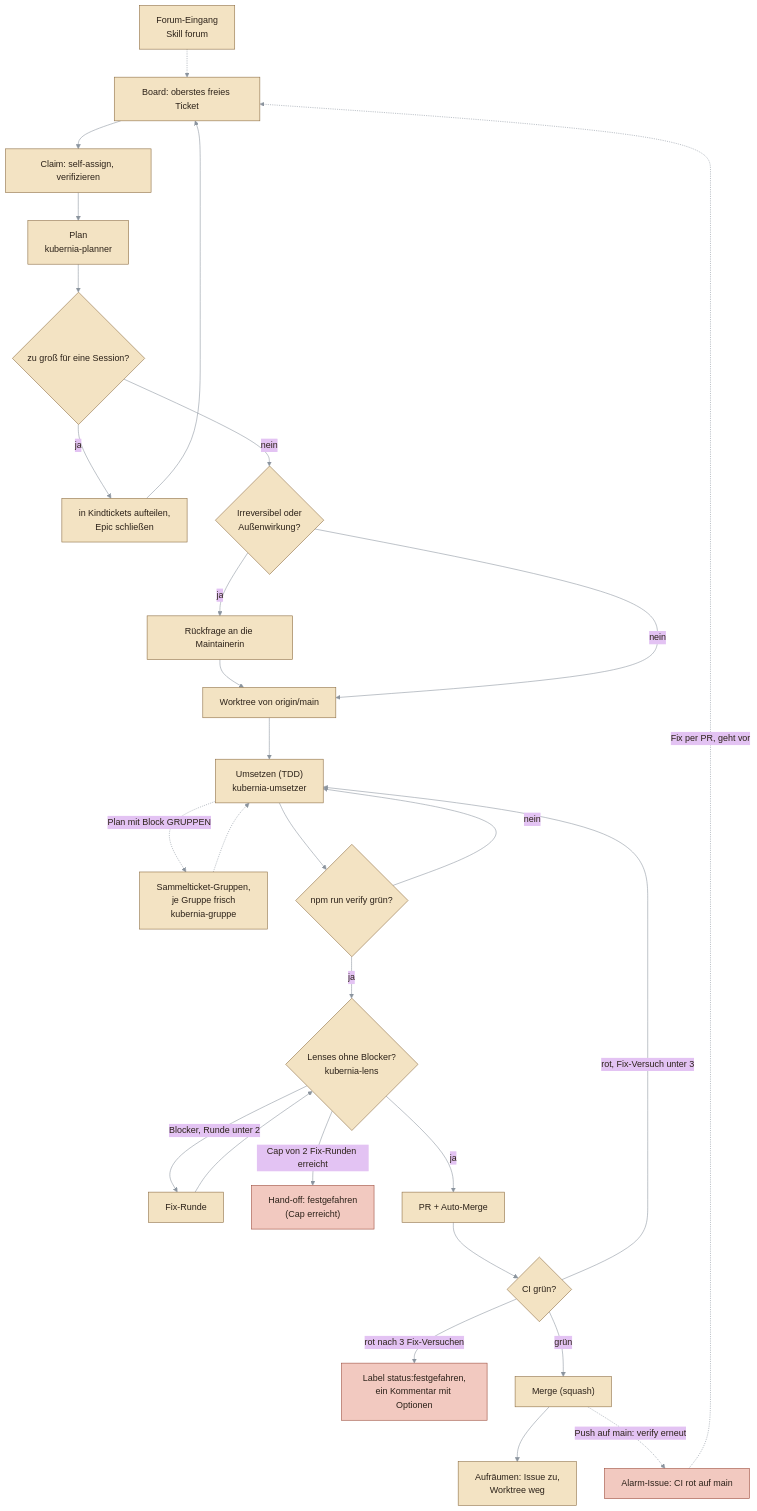
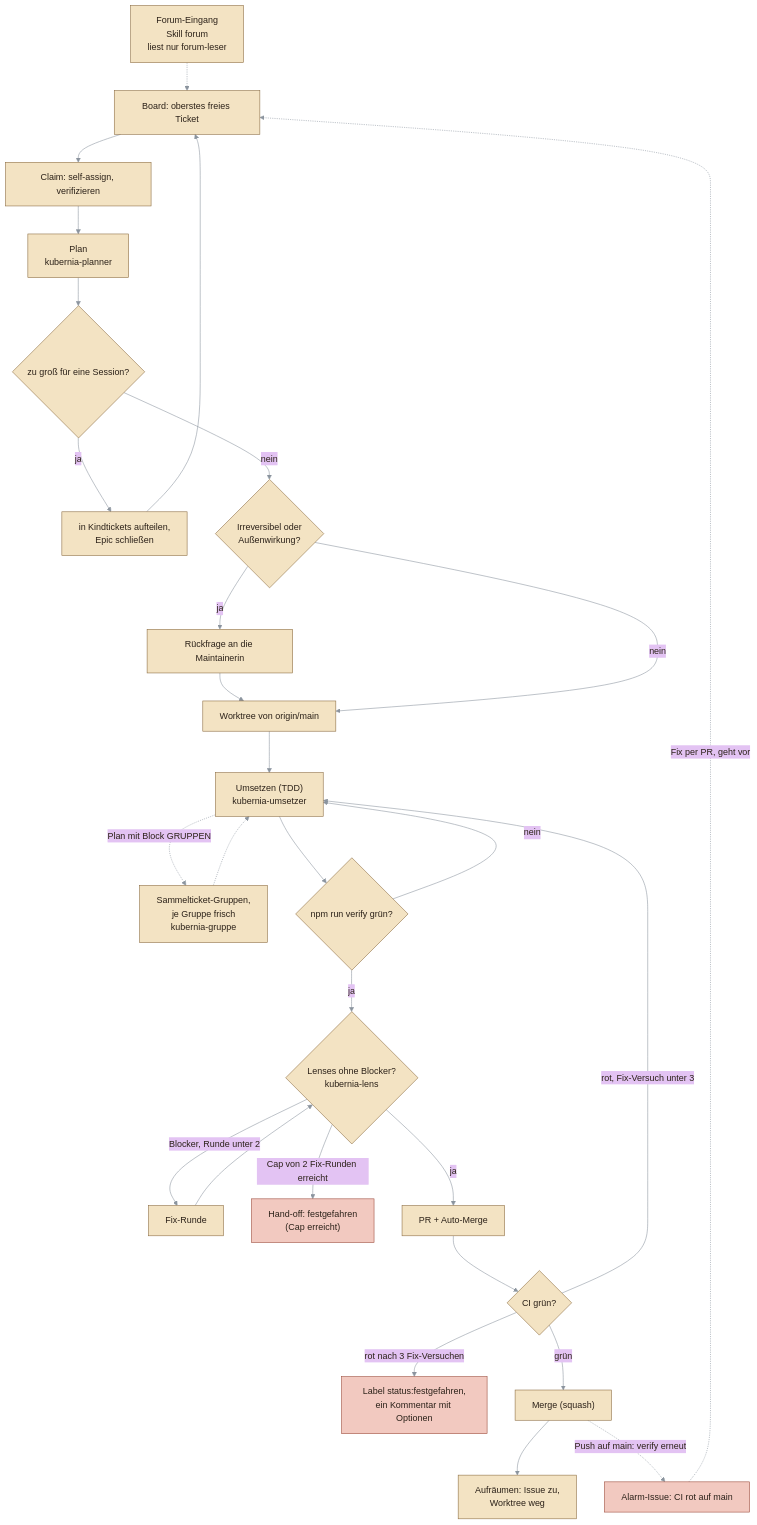
The first of 3 diagrams in README.md (fluffels/kubernia), drawn with Mermaid before and after one commit. The commit also changed other lines of this file and 18 other files, not shown here.

First line of the commit message:
feat(harness): Forum-Triage in Quarantäne, forum-leser nur mit Read (#1435) (#1679)

````diff
--- a/README.md
+++ b/README.md
@@ -42,61 +42,61 @@
 ```mermaid
 ---
 config:
   theme: base
   look: classic
   layout: dagre
   themeVariables:
     lineColor: "#8b949e"
     primaryColor: "#f3e3c3"
     primaryTextColor: "#2b2118"
     primaryBorderColor: "#8a6a3f"
 ---
 flowchart TD
   board["Board: oberstes freies Ticket"]
   claim["Claim: self-assign, verifizieren"]
   wt["Worktree von origin/main"]
   plan["Plan<br/>kubernia-planner"]
   epic{"zu groß für eine Session?"}
   kinder["in Kindtickets aufteilen,<br/>Epic schließen"]
   pre{"Irreversibel oder<br/>Außenwirkung?"}
   frage["Rückfrage an die Maintainerin"]
   umsetzen["Umsetzen (TDD)<br/>kubernia-umsetzer"]
   gruppen["Sammelticket-Gruppen,<br/>je Gruppe frisch<br/>kubernia-gruppe"]
   verify{"npm run verify grün?"}
   lenses{"Lenses ohne Blocker?<br/>kubernia-lens"}
   fix["Fix-Runde"]
   handoff["Hand-off: festgefahren<br/>(Cap erreicht)"]
   pr["PR + Auto-Merge"]
   ci{"CI grün?"}
   fest["Label status:festgefahren,<br/>ein Kommentar mit Optionen"]
   merge["Merge (squash)"]
   cleanup["Aufräumen: Issue zu,<br/>Worktree weg"]
   alarm["Alarm-Issue: CI rot auf main"]
-  forum["Forum-Eingang<br/>Skill forum"]
+  forum["Forum-Eingang<br/>Skill forum<br/>liest nur forum-leser"]
 
   board --> claim --> plan --> epic
   epic -- ja --> kinder --> board
   epic -- nein --> pre
   pre -- ja --> frage --> wt
   pre -- nein --> wt
   wt --> umsetzen
   umsetzen --> verify
   umsetzen -.->|"Plan mit Block GRUPPEN"| gruppen -.-> umsetzen
   verify -- nein --> umsetzen
   verify -- ja --> lenses
   lenses -- "Blocker, Runde unter 2" --> fix --> lenses
   lenses -- "Cap von 2 Fix-Runden erreicht" --> handoff
   lenses -- ja --> pr
   pr --> ci
   ci -- "rot, Fix-Versuch unter 3" --> umsetzen
   ci -- "rot nach 3 Fix-Versuchen" --> fest
   ci -- grün --> merge --> cleanup
   merge -.->|"Push auf main: verify erneut"| alarm
   alarm -.->|"Fix per PR, geht vor"| board
   forum -.-> board
 
   classDef schleife fill:#f3e3c3,stroke:#8a6a3f,color:#2b2118
   classDef stopp fill:#f2c9c0,stroke:#9a4a3a,color:#2b2118
   class verify,lenses,ci schleife
   class handoff,fest,alarm stopp
 ```
````
